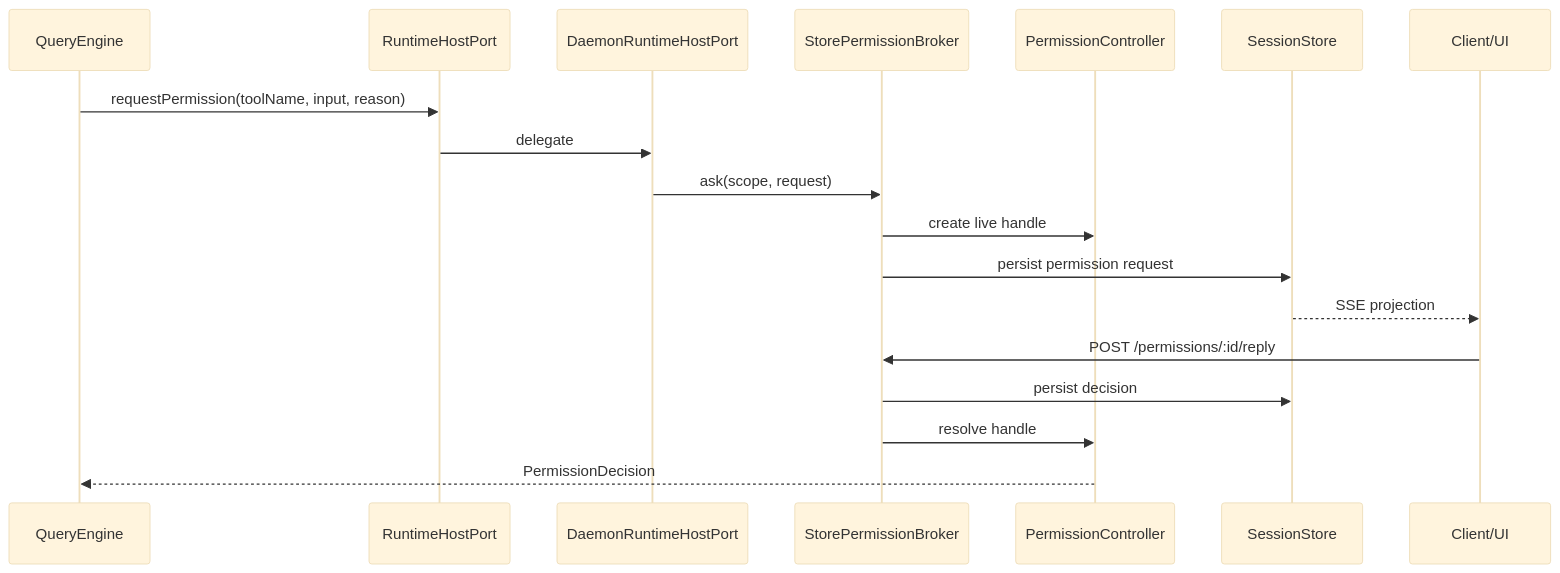
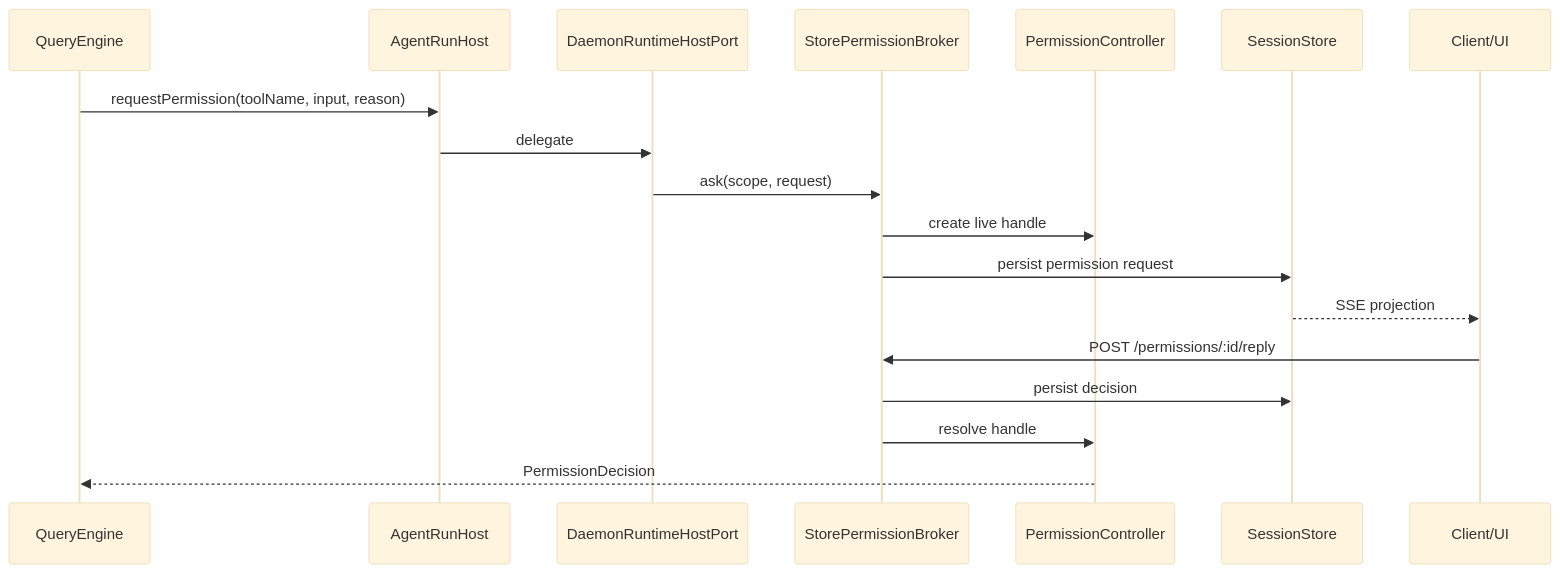
The first of 3 diagrams in docs/runtime-host-port-design.md (rzx007/openharness-ts), drawn with Mermaid (base theme) before and after one commit. The commit also changed other lines of this file and 12 other files, not shown here.

Commit message:
refactor(agent): promote run host contract to core

````diff
--- a/docs/runtime-host-port-design.md
+++ b/docs/runtime-host-port-design.md
@@ -99,21 +99,21 @@
 ```mermaid
 sequenceDiagram
   participant QE as QueryEngine
-  participant Host as RuntimeHostPort
+  participant Host as AgentRunHost
   participant DHost as DaemonRuntimeHostPort
   participant Broker as StorePermissionBroker
   participant Controller as PermissionController
   participant Store as SessionStore
   participant UI as Client/UI
 
   QE->>Host: requestPermission(toolName, input, reason)
   Host->>DHost: delegate
   DHost->>Broker: ask(scope, request)
   Broker->>Controller: create live handle
   Broker->>Store: persist permission request
   Store-->>UI: SSE projection
   UI->>Broker: POST /permissions/:id/reply
   Broker->>Store: persist decision
   Broker->>Controller: resolve handle
   Controller-->>QE: PermissionDecision
 ```
````
